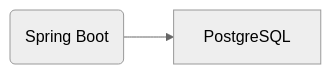
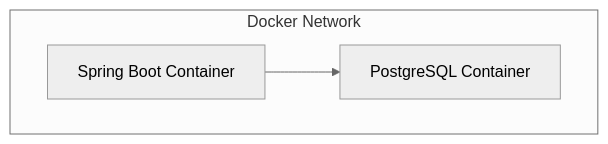
The diagram in README.md (DodoNehir/testcherry), drawn with Mermaid (neutral theme) before and after one commit. The commit also changed other lines of this file and 2 other files, not shown here.

Commit message:
[docs] ERD 이미지 추가, 아키텍처 수정

````diff
--- a/README.md
+++ b/README.md
@@ -16,4 +15,8 @@
 ```mermaid
-graph LR
-A(Spring Boot)-->B[PostgreSQL]
+graph TD
+subgraph Docker Network
+    A[Spring Boot Container]
+    B[PostgreSQL Container]
+end
+A --> B
 ```
````
